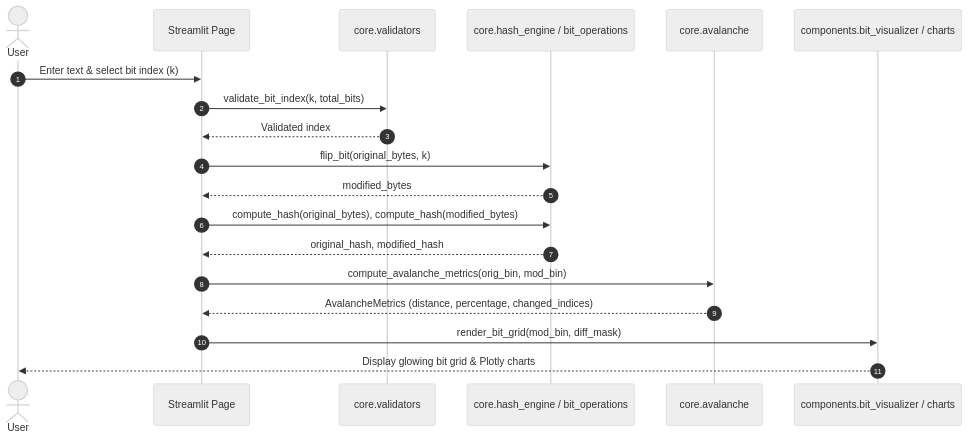
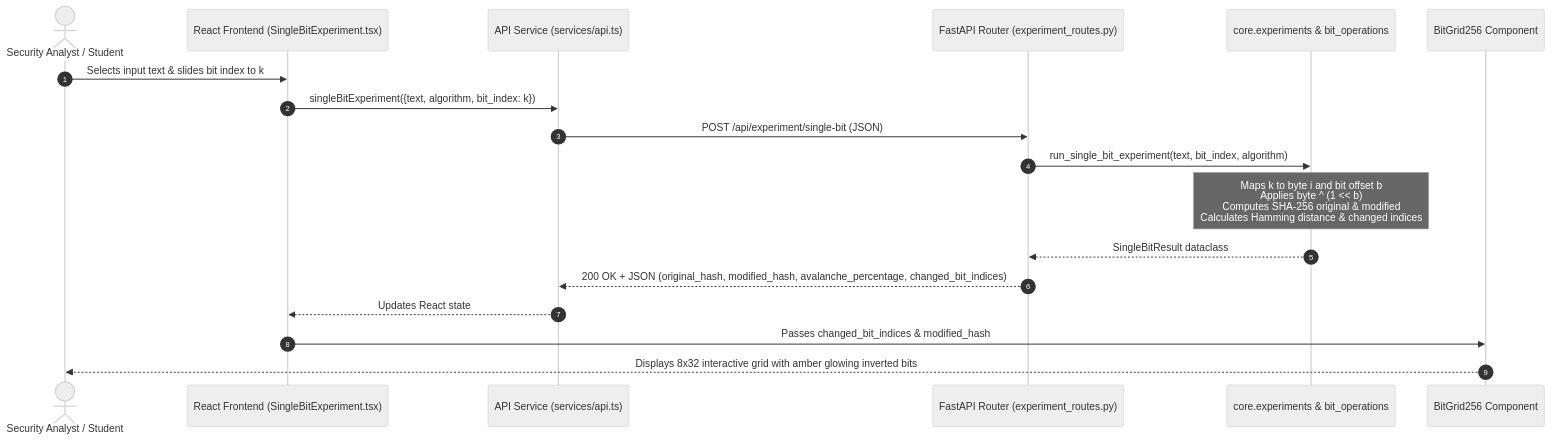
One commit to DEMOCODE675/HashForge changed the second of 2 diagrams in docs/ARCHITECTURE.md. Above: the diagram before and after it, drawn with Mermaid (neutral theme). The commit also changed other lines of this file and 84 other files, not shown here.

````diff
--- a/docs/ARCHITECTURE.md
+++ b/docs/ARCHITECTURE.md
@@ -55,22 +143,21 @@
 ```mermaid
 sequenceDiagram
     autonumber
-    actor User
-    participant Page as Streamlit Page
-    participant Validators as core.validators
-    participant Engine as core.hash_engine / bit_operations
-    participant Avalanche as core.avalanche
-    participant Visualizer as components.bit_visualizer / charts
+    actor User as Security Analyst / Student
+    participant UI as React Frontend (SingleBitExperiment.tsx)
+    participant Client as API Service (services/api.ts)
+    participant API as FastAPI Router (experiment_routes.py)
+    participant Core as core.experiments & bit_operations
+    participant Grid as BitGrid256 Component
 
-    User->>Page: Enter text & select bit index (k)
-    Page->>Validators: validate_bit_index(k, total_bits)
-    Validators-->>Page: Validated index
-    Page->>Engine: flip_bit(original_bytes, k)
-    Engine-->>Page: modified_bytes
-    Page->>Engine: compute_hash(original_bytes), compute_hash(modified_bytes)
-    Engine-->>Page: original_hash, modified_hash
-    Page->>Avalanche: compute_avalanche_metrics(orig_bin, mod_bin)
-    Avalanche-->>Page: AvalancheMetrics (distance, percentage, changed_indices)
-    Page->>Visualizer: render_bit_grid(mod_bin, diff_mask)
-    Visualizer-->>User: Display glowing bit grid & Plotly charts
+    User->>UI: Selects input text & slides bit index to k
+    UI->>Client: singleBitExperiment({text, algorithm, bit_index: k})
+    Client->>API: POST /api/experiment/single-bit (JSON)
+    API->>Core: run_single_bit_experiment(text, bit_index, algorithm)
+    Note over Core: Maps k to byte i and bit offset b<br/>Applies byte ^ (1 << b)<br/>Computes SHA-256 original & modified<br/>Calculates Hamming distance & changed indices
+    Core-->>API: SingleBitResult dataclass
+    API-->>Client: 200 OK + JSON (original_hash, modified_hash, avalanche_percentage, changed_bit_indices)
+    Client-->>UI: Updates React state
+    UI->>Grid: Passes changed_bit_indices & modified_hash
+    Grid-->>User: Displays 8x32 interactive grid with amber glowing inverted bits
 ```
````
